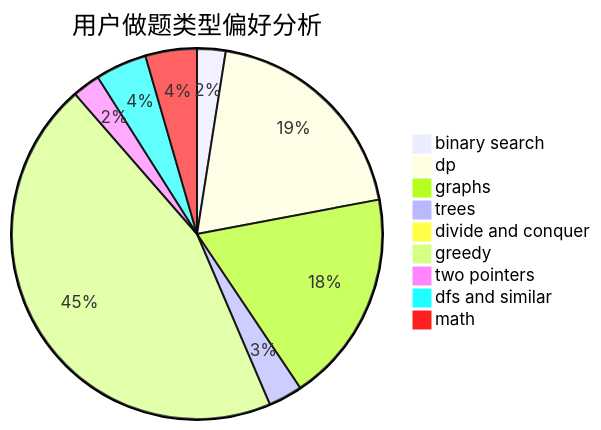
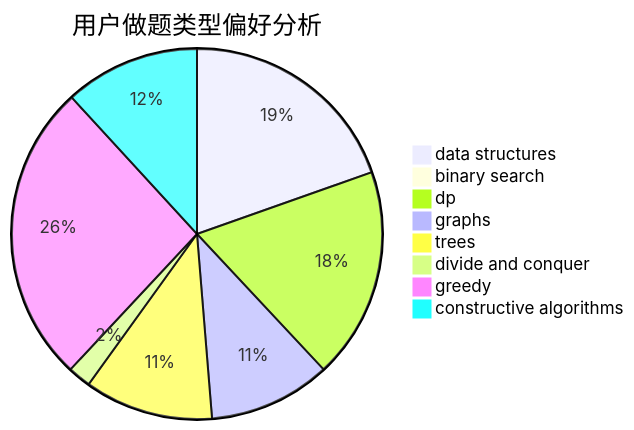
The second of 3 diagrams in docs/user/u2477.md (sherpahu/cfrs.github.io), drawn with Mermaid before and after one commit. The commit also changed other lines of this file and 2775 other files, not shown here.

````diff
--- a/docs/user/u2477.md
+++ b/docs/user/u2477.md
@@ -23,12 +23,11 @@
 ```mermaid
 pie title 用户做题类型偏好分析
-    "binary search" :  41
-    "dp" :  322
-    "graphs" :  306
-    "trees" :  49
-    "divide and conquer" :  12
-    "greedy" :  742
-    "two pointers" :  40
-    "dfs and similar" :  74
-    "math" :  74
+    "data structures" :  68
+    "binary search" :  2
+    "dp" :  64
+    "graphs" :  37
+    "trees" :  39
+    "divide and conquer" :  7
+    "greedy" :  91
+    "constructive algorithms" :  41
 ```
````
